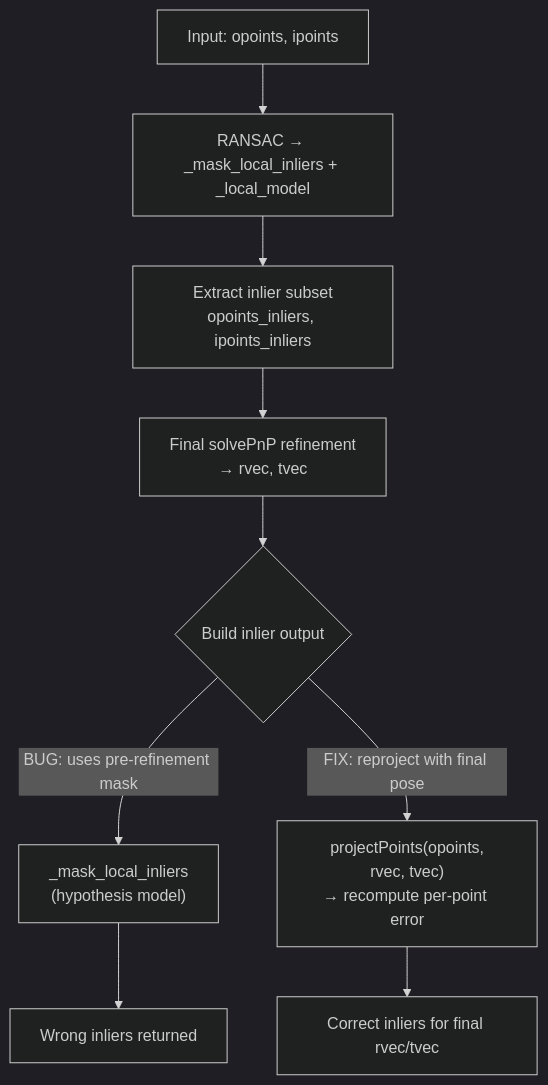
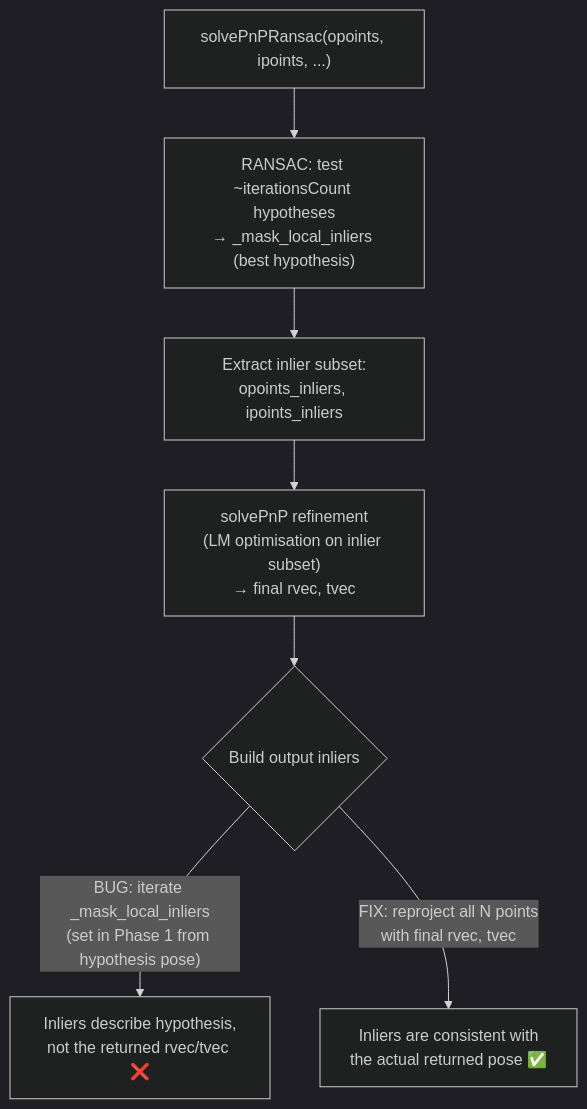
One commit to varun-projects/opencv changed the seventh of 10 diagrams in FIXES_DOCUMENTATION.md. Above: the diagram before and after it, drawn with Mermaid (dark theme). The commit also changed other lines of this file, not shown here.

Commit message:
docs: enrich all 8 fixes with annotated code comments and implementation background

````diff
--- a/FIXES_DOCUMENTATION.md
+++ b/FIXES_DOCUMENTATION.md
@@ -480,11 +396,10 @@
 ```mermaid
 flowchart TD
-    A[Input: opoints, ipoints] --> B[RANSAC → _mask_local_inliers + _local_model]
-    B --> C[Extract inlier subset\nopoints_inliers, ipoints_inliers]
-    C --> D[Final solvePnP refinement\n→ rvec, tvec]
-    D --> E{Build inlier output}
-    E -->|BUG: uses pre-refinement mask| F["_mask_local_inliers\n(hypothesis model)"]
-    E -->|FIX: reproject with final pose| G["projectPoints(opoints,\nrvec, tvec)\n→ recompute per-point error"]
-    F --> H[Wrong inliers returned]
-    G --> I[Correct inliers for final rvec/tvec]
+    A["solvePnPRansac(opoints, ipoints, ...)"]
+    A --> B["RANSAC: test ~iterationsCount hypotheses\n→ _mask_local_inliers (best hypothesis)"]
+    B --> C["Extract inlier subset:\nopoints_inliers, ipoints_inliers"]
+    C --> D["solvePnP refinement\n(LM optimisation on inlier subset)\n→ final rvec, tvec"]
+    D --> E{Build output inliers}
+    E -->|"BUG: iterate _mask_local_inliers\n(set in Phase 1 from hypothesis pose)"| F["Inliers describe hypothesis,\nnot the returned rvec/tvec ❌"]
+    E -->|"FIX: reproject all N points\nwith final rvec, tvec"| G["Inliers are consistent with\nthe actual returned pose ✅"]
 ```
````
